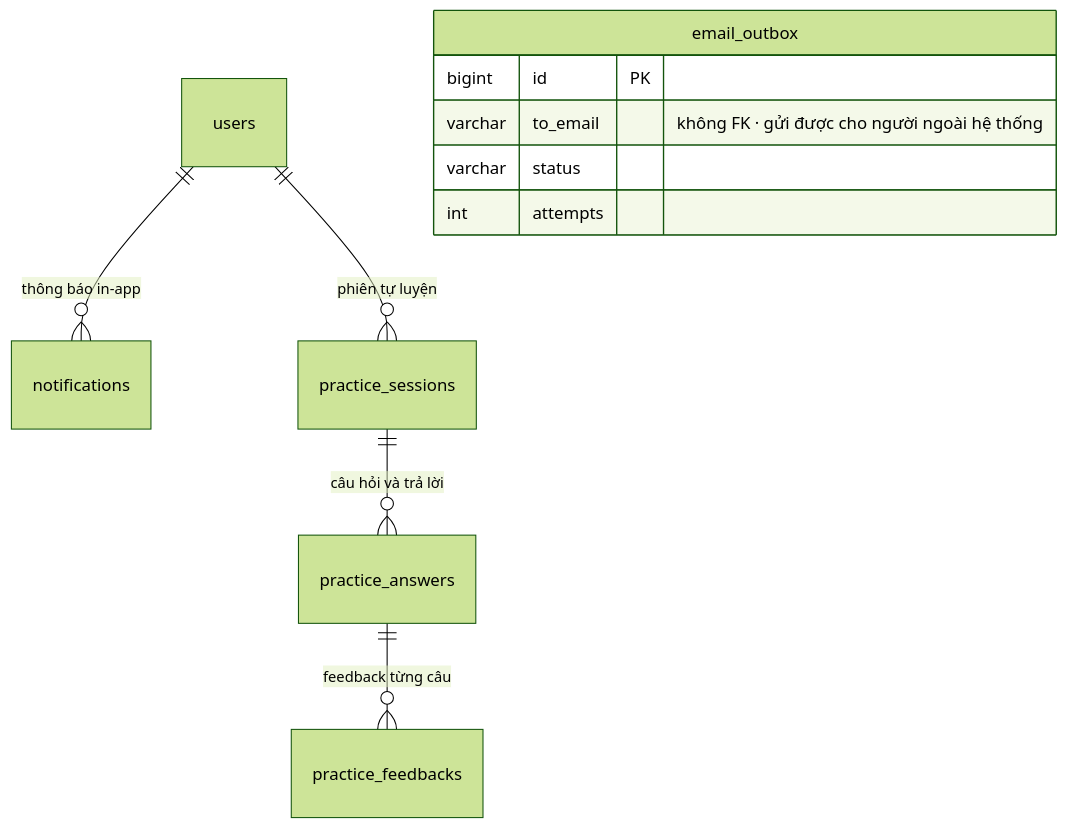
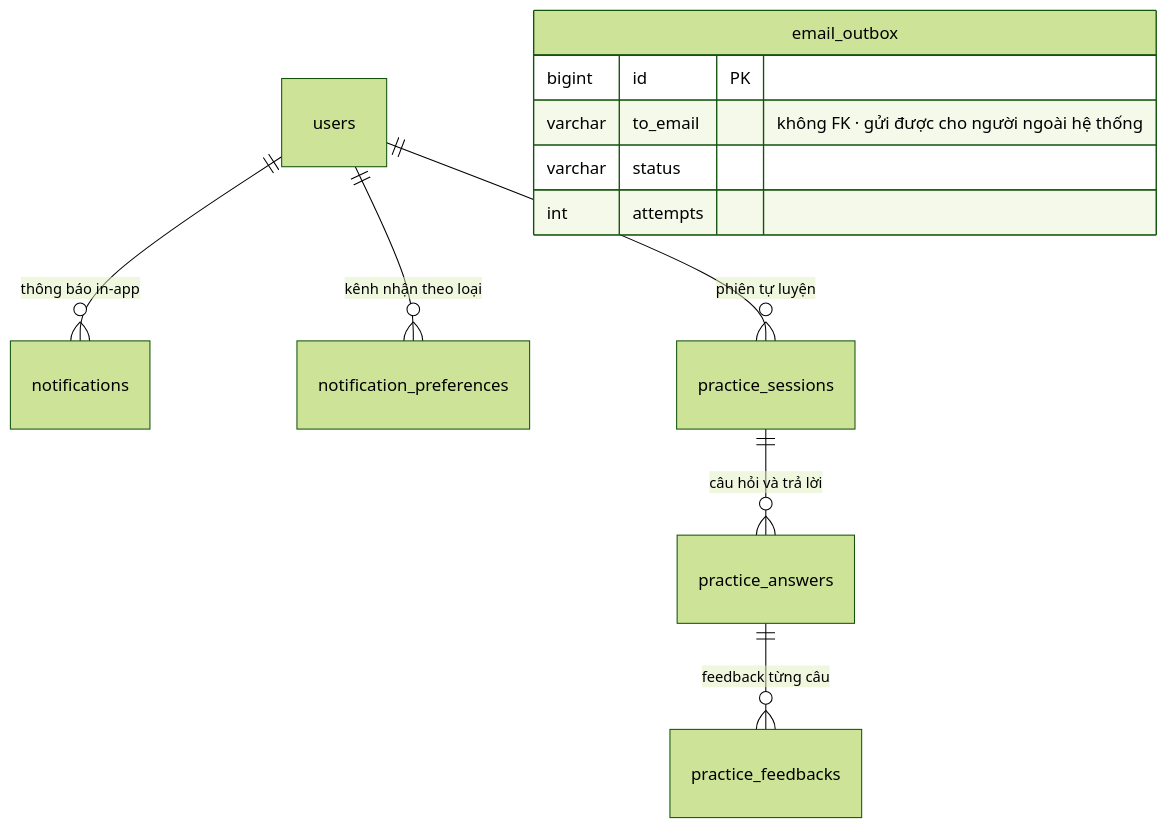
Before and after one commit to hieupnh12/SmartHire-AI: the tenth of 11 diagrams in docs/database/README.md, drawn with Mermaid (forest theme). The commit also changed other lines of this file and 65 other files, not shown here.

````diff
--- a/docs/database/README.md
+++ b/docs/database/README.md
@@ -540,13 +544,14 @@
 ```mermaid
 erDiagram
     users ||--o{ notifications : "thông báo in-app"
+    users ||--o{ notification_preferences : "kênh nhận theo loại"
     users ||--o{ practice_sessions : "phiên tự luyện"
     practice_sessions ||--o{ practice_answers : "câu hỏi và trả lời"
     practice_answers ||--o{ practice_feedbacks : "feedback từng câu"
     email_outbox {
         bigint id PK
         varchar to_email "không FK · gửi được cho người ngoài hệ thống"
         varchar status
         int attempts
     }
 ```
````
